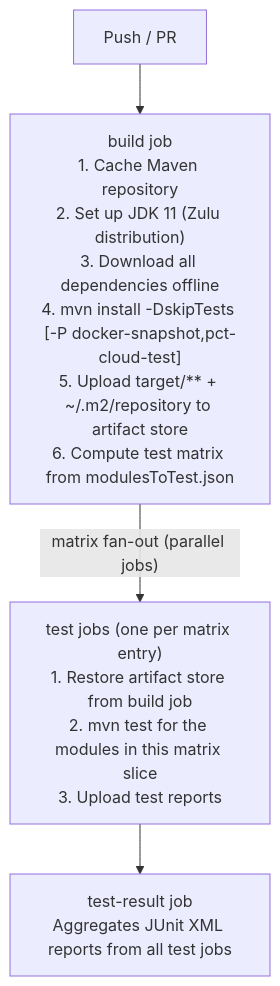
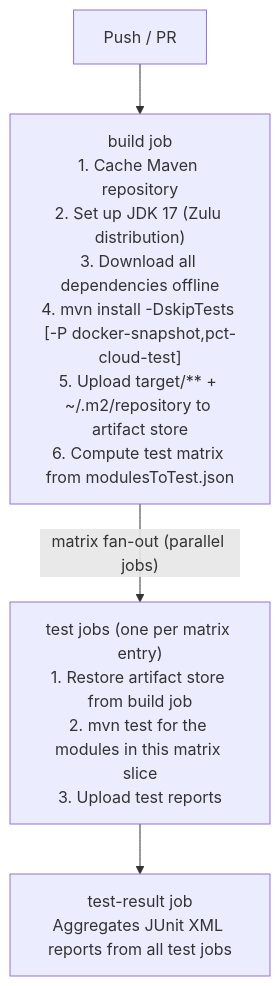
The second of 2 diagrams in docs/engineering/guides/build-and-ci.md (finos/legend-engine), drawn with Mermaid before and after one commit. The commit also changed other lines of this file and 389 other files, not shown here.

````diff
--- a/docs/engineering/guides/build-and-ci.md
+++ b/docs/engineering/guides/build-and-ci.md
@@ -135,11 +135,11 @@
 ```mermaid
 flowchart TD
     Push["Push / PR"]
-    Build["build job\n1. Cache Maven repository\n2. Set up JDK 11 (Zulu distribution)\n3. Download all dependencies offline\n4. mvn install -DskipTests [-P docker-snapshot,pct-cloud-test]\n5. Upload target/** + ~/.m2/repository to artifact store\n6. Compute test matrix from modulesToTest.json"]
+    Build["build job\n1. Cache Maven repository\n2. Set up JDK 17 (Zulu distribution)\n3. Download all dependencies offline\n4. mvn install -DskipTests [-P docker-snapshot,pct-cloud-test]\n5. Upload target/** + ~/.m2/repository to artifact store\n6. Compute test matrix from modulesToTest.json"]
     Tests["test jobs (one per matrix entry)\n1. Restore artifact store from build job\n2. mvn test for the modules in this matrix slice\n3. Upload test reports"]
     Results["test-result job\nAggregates JUnit XML reports from all test jobs"]
 
     Push --> Build
     Build -->|"matrix fan-out (parallel jobs)"| Tests
     Tests --> Results
 ```
````
